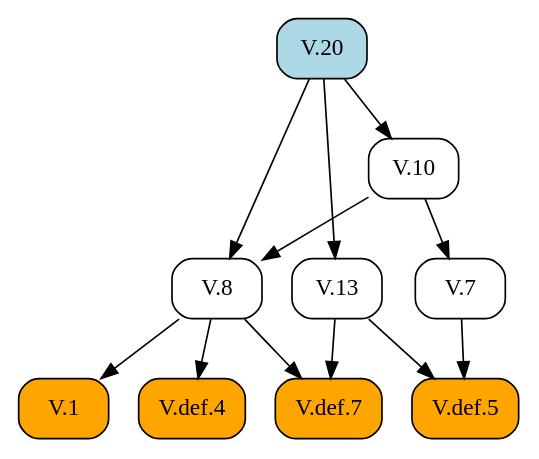
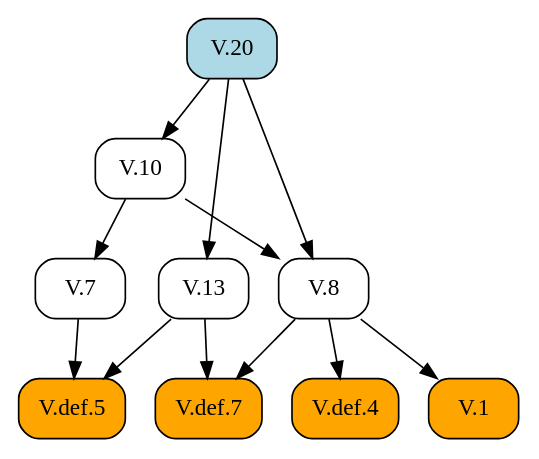
One commit to geometor/elements changed the diagram in docsrc/elements2/V/20/index.rst. Above: the diagram before and after it, drawn with Graphviz. The commit also changed other lines of this file and 409 other files, not shown here.

First line of the commit message:
feat: Add image cropping and graphic extraction script

```diff
--- a/docsrc/elements2/V/20/index.rst
+++ b/docsrc/elements2/V/20/index.rst
@@ -46,26 +46,26 @@
 .. graphviz::
 
    digraph {
      rankdir="TB";
      node [shape=box, style=rounded];
+     "V.def.5" [style="rounded,filled", fillcolor=orange, URL="/elements2/V/def.5/", target="_top"];
+     "V.13" [URL="/elements2/V/13/", target="_top"];
      "V.20" [style="rounded,filled", fillcolor=lightblue, URL="/elements2/V/20/", target="_top"];
      "V.10" [URL="/elements2/V/10/", target="_top"];
-     "V.1" [style="rounded,filled", fillcolor=orange, URL="/elements2/V/1/", target="_top"];
-     "V.def.5" [style="rounded,filled", fillcolor=orange, URL="/elements2/V/def.5/", target="_top"];
      "V.8" [URL="/elements2/V/8/", target="_top"];
      "V.def.4" [style="rounded,filled", fillcolor=orange, URL="/elements2/V/def.4/", target="_top"];
      "V.def.7" [style="rounded,filled", fillcolor=orange, URL="/elements2/V/def.7/", target="_top"];
+     "V.1" [style="rounded,filled", fillcolor=orange, URL="/elements2/V/1/", target="_top"];
      "V.7" [URL="/elements2/V/7/", target="_top"];
-     "V.13" [URL="/elements2/V/13/", target="_top"];
-     "V.20" -> "V.10";
-     "V.8" -> "V.1";
      "V.7" -> "V.def.5";
      "V.13" -> "V.def.5";
+     "V.20" -> "V.13";
+     "V.20" -> "V.10";
      "V.10" -> "V.8";
      "V.20" -> "V.8";
      "V.8" -> "V.def.4";
      "V.8" -> "V.def.7";
      "V.13" -> "V.def.7";
+     "V.8" -> "V.1";
      "V.10" -> "V.7";
-     "V.20" -> "V.13";
    }
```
